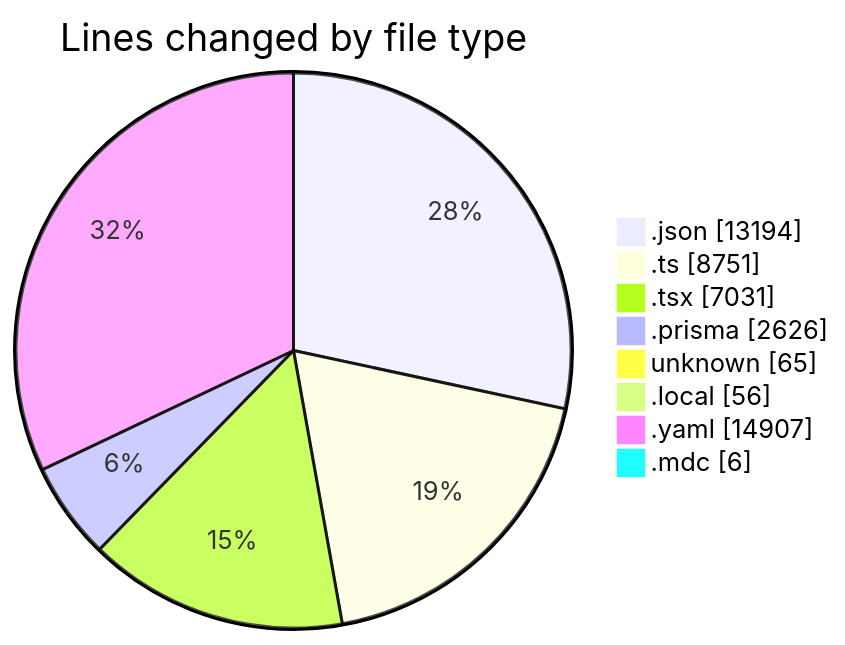
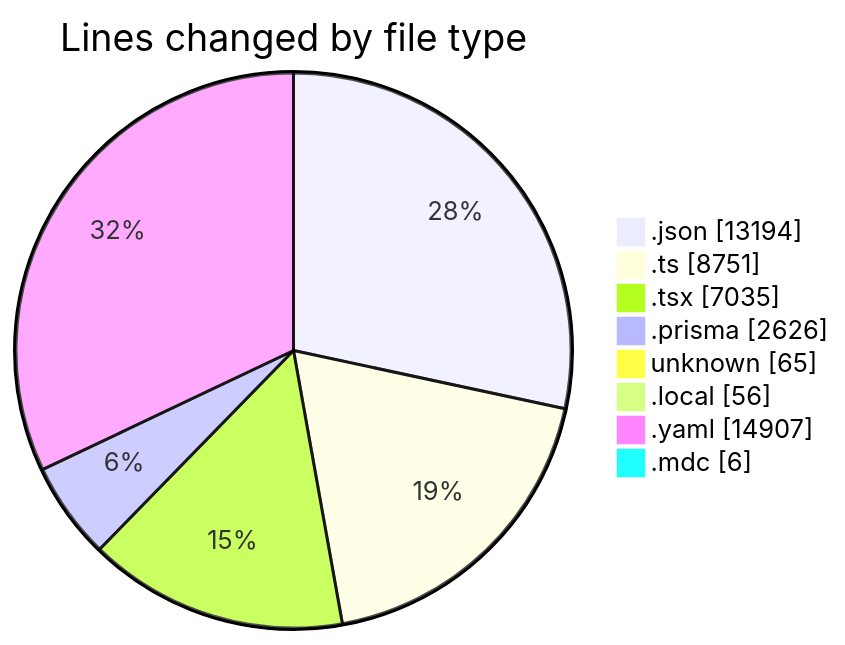
Before and after one commit to CELIANVF/code-tracking: the first of 2 diagrams in 2025-05-15/ecodeli-1/README.md, drawn with Mermaid. The commit also changed other lines of this file and 1 other file, not shown here.

````diff
--- a/2025-05-15/ecodeli-1/README.md
+++ b/2025-05-15/ecodeli-1/README.md
@@ -67,12 +67,12 @@
 ```mermaid
 pie showData
 title Lines changed by file type
 ".json" : 13194
 ".ts" : 8751
-".tsx" : 7031
+".tsx" : 7035
 ".prisma" : 2626
 "unknown" : 65
 ".local" : 56
 ".yaml" : 14907
 ".mdc" : 6
 ```
````
